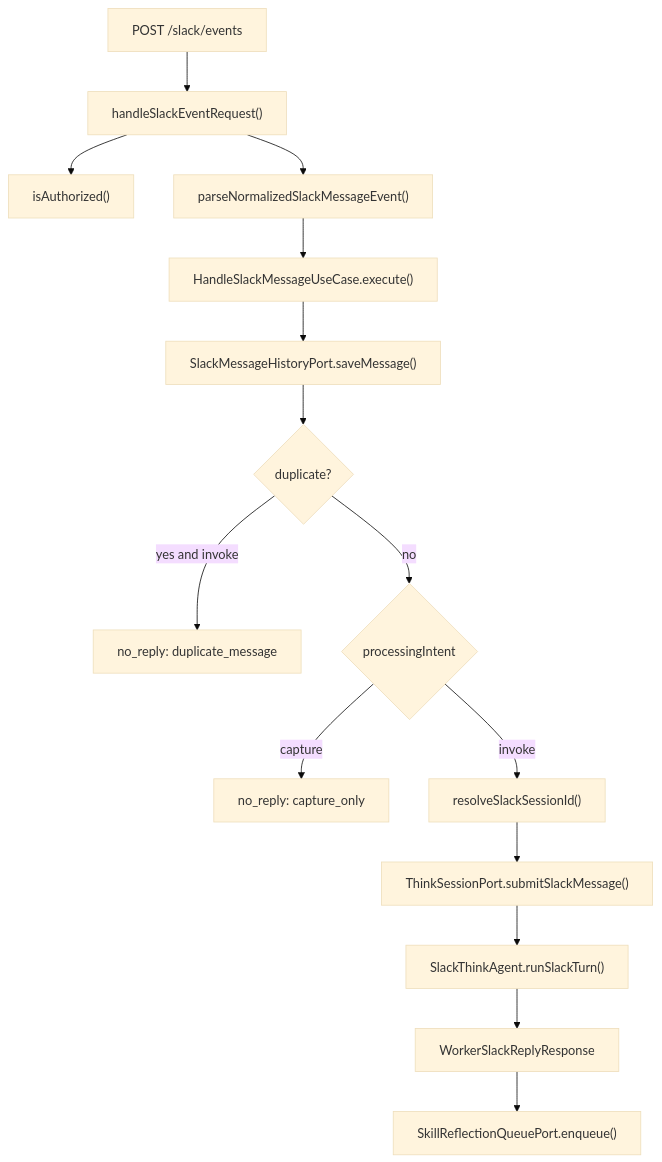
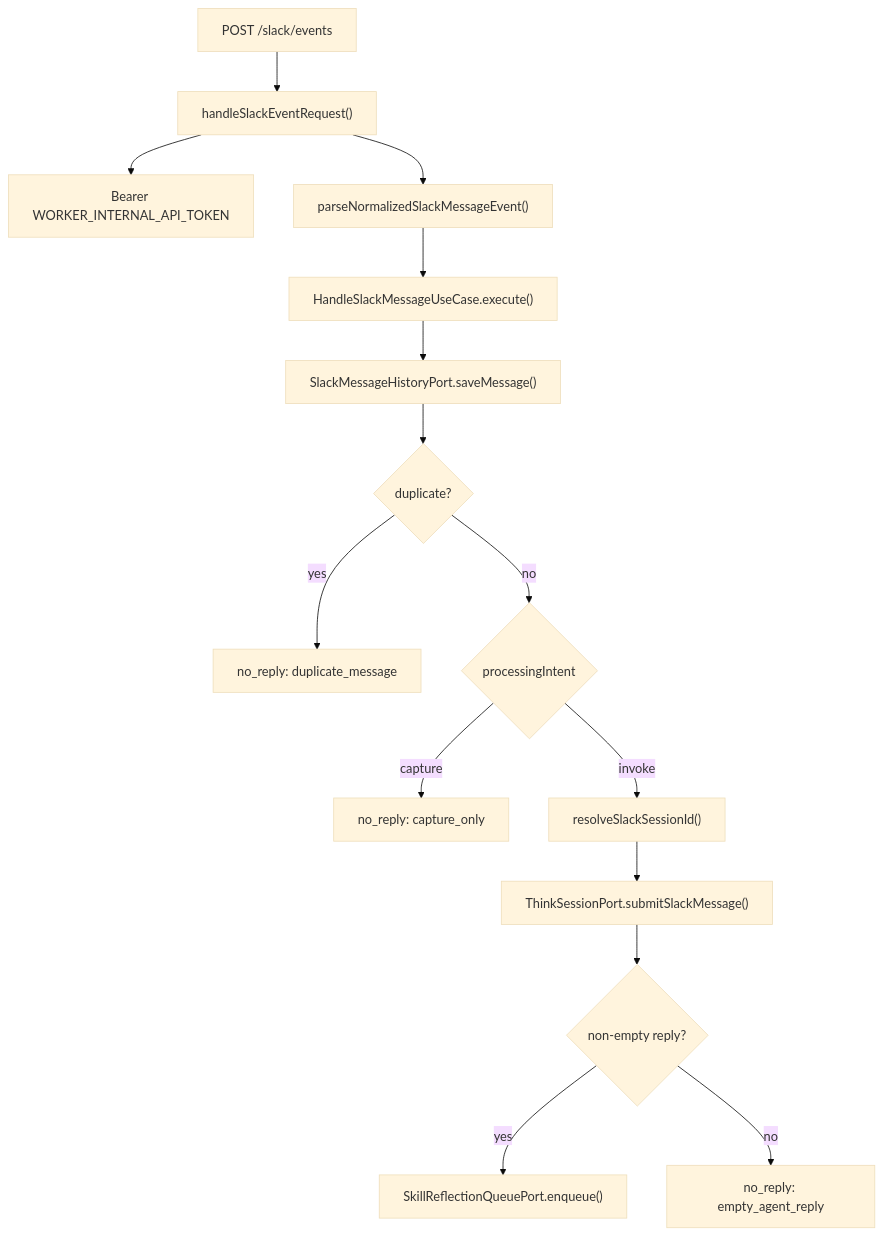
Before and after one commit to GorobVictor/slack-ai-agent-v3: the third of 5 diagrams in README.md, drawn with Mermaid (base theme). The commit also changed other lines of this file and 1 other file, not shown here.

````diff
--- a/README.md
+++ b/README.md
@@ -105,17 +239,17 @@
 ```mermaid
 flowchart TD
   request["POST /slack/events"] --> handler["handleSlackEventRequest()"]
-  handler --> auth["isAuthorized()"]
+  handler --> auth["Bearer WORKER_INTERNAL_API_TOKEN"]
   handler --> parse["parseNormalizedSlackMessageEvent()"]
   parse --> useCase["HandleSlackMessageUseCase.execute()"]
   useCase --> save["SlackMessageHistoryPort.saveMessage()"]
   save --> duplicate{"duplicate?"}
-  duplicate -->|"yes and invoke"| noReplyDuplicate["no_reply: duplicate_message"]
+  duplicate -->|"yes"| noReplyDup["no_reply: duplicate_message"]
   duplicate -->|"no"| intent{"processingIntent"}
   intent -->|"capture"| noReplyCapture["no_reply: capture_only"]
   intent -->|"invoke"| session["resolveSlackSessionId()"]
-  session --> thinkPort["ThinkSessionPort.submitSlackMessage()"]
-  thinkPort --> agent["SlackThinkAgent.runSlackTurn()"]
-  agent --> workerReply["WorkerSlackReplyResponse"]
-  workerReply --> queueReflection["SkillReflectionQueuePort.enqueue()"]
+  session --> think["ThinkSessionPort.submitSlackMessage()"]
+  think --> reply{"non-empty reply?"}
+  reply -->|"yes"| enqueue["SkillReflectionQueuePort.enqueue()"]
+  reply -->|"no"| noReplyEmpty["no_reply: empty_agent_reply"]
 ```
````
